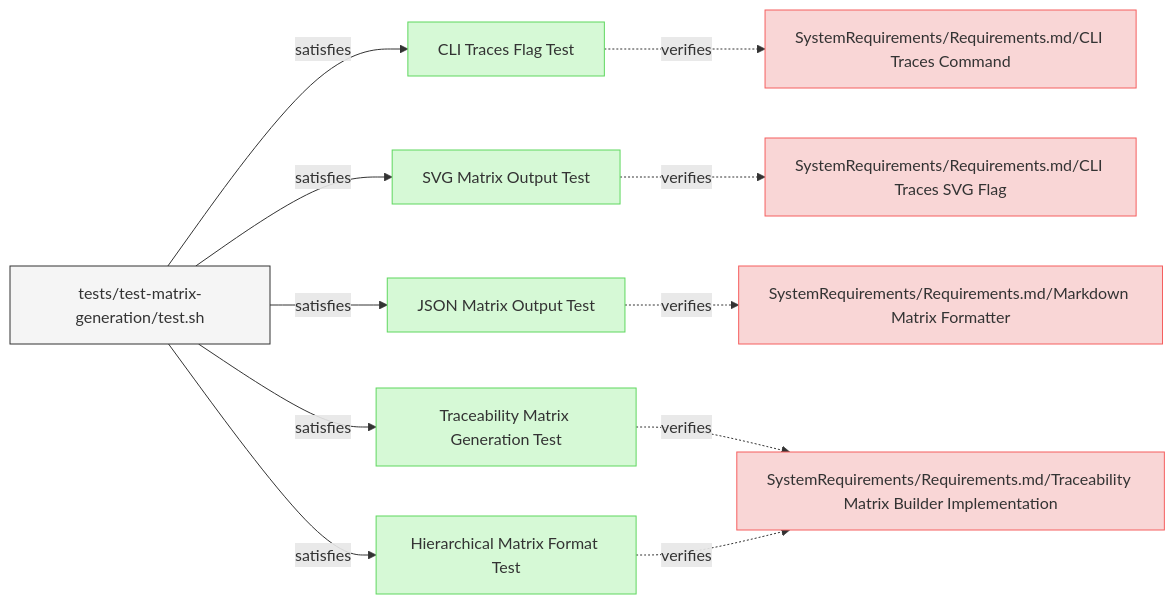
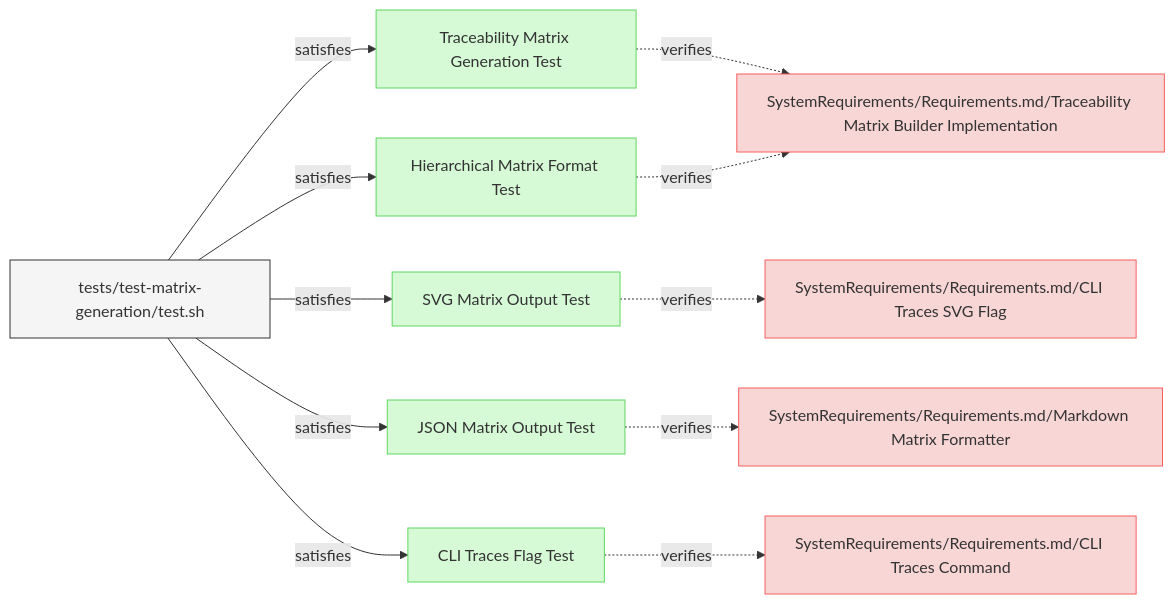
One commit to reqvire-org/reqvire changed the diagram in specifications/Verifications/TreacibilityMatrix.md. Above: the diagram before and after it, drawn with Mermaid. The commit also changed other lines of this file and 14 other files, not shown here.

Commit message:
Diagrams updated.

````diff
--- a/specifications/Verifications/TreacibilityMatrix.md
+++ b/specifications/Verifications/TreacibilityMatrix.md
@@ -6,61 +6,61 @@
 ```mermaid
 graph LR;
   %% Graph styling
   classDef requirement fill:#f9d6d6,stroke:#f55f5f,stroke-width:1px;
   classDef verification fill:#d6f9d6,stroke:#5fd75f,stroke-width:1px;
   classDef externalLink fill:#d0e0ff,stroke:#3080ff,stroke-width:1px;
   classDef default fill:#f5f5f5,stroke:#333333,stroke-width:1px;
 
+  aa85c85e7c41d899["Traceability Matrix Generation Test"];
+  class aa85c85e7c41d899 verification;
+  click aa85c85e7c41d899 "TreacibilityMatrix.md#traceability-matrix-generation-test";
+  b55d8517cd3e58["SystemRequirements/Requirements.md/Traceability Matrix Builder Implementation"];
+  class b55d8517cd3e58 requirement;
+  click b55d8517cd3e58 "../SystemRequirements/Requirements.md#traceability-matrix-builder-implementation";
+  aa85c85e7c41d899 -.->|verifies| b55d8517cd3e58;
+  8aec4f4d071ac12c["tests/test-matrix-generation/test.sh"];
+  class 8aec4f4d071ac12c default;
+  click 8aec4f4d071ac12c "../../tests/test-matrix-generation/test.sh";
+  8aec4f4d071ac12c -->|satisfies| aa85c85e7c41d899;
+  62b41611d85d4161["SVG Matrix Output Test"];
+  class 62b41611d85d4161 verification;
+  click 62b41611d85d4161 "TreacibilityMatrix.md#svg-matrix-output-test";
+  1d9a1c502316e443["SystemRequirements/Requirements.md/CLI Traces SVG Flag"];
+  class 1d9a1c502316e443 requirement;
+  click 1d9a1c502316e443 "../SystemRequirements/Requirements.md#cli-traces-svg-flag";
+  62b41611d85d4161 -.->|verifies| 1d9a1c502316e443;
+  8aec4f4d071ac12c["tests/test-matrix-generation/test.sh"];
+  class 8aec4f4d071ac12c default;
+  click 8aec4f4d071ac12c "../../tests/test-matrix-generation/test.sh";
+  8aec4f4d071ac12c -->|satisfies| 62b41611d85d4161;
+  5a25cf6244f4f44["Hierarchical Matrix Format Test"];
+  class 5a25cf6244f4f44 verification;
+  click 5a25cf6244f4f44 "TreacibilityMatrix.md#hierarchical-matrix-format-test";
+  5a25cf6244f4f44 -.->|verifies| b55d8517cd3e58;
+  8aec4f4d071ac12c["tests/test-matrix-generation/test.sh"];
+  class 8aec4f4d071ac12c default;
+  click 8aec4f4d071ac12c "../../tests/test-matrix-generation/test.sh";
+  8aec4f4d071ac12c -->|satisfies| 5a25cf6244f4f44;
+  50c290277850dd17["JSON Matrix Output Test"];
+  class 50c290277850dd17 verification;
+  click 50c290277850dd17 "TreacibilityMatrix.md#json-matrix-output-test";
+  1b7491b67a792bc9["SystemRequirements/Requirements.md/Markdown Matrix Formatter"];
+  class 1b7491b67a792bc9 requirement;
+  click 1b7491b67a792bc9 "../SystemRequirements/Requirements.md#markdown-matrix-formatter";
+  50c290277850dd17 -.->|verifies| 1b7491b67a792bc9;
+  8aec4f4d071ac12c["tests/test-matrix-generation/test.sh"];
+  class 8aec4f4d071ac12c default;
+  click 8aec4f4d071ac12c "../../tests/test-matrix-generation/test.sh";
+  8aec4f4d071ac12c -->|satisfies| 50c290277850dd17;
   7f6c7f917ed529ae["CLI Traces Flag Test"];
   class 7f6c7f917ed529ae verification;
   click 7f6c7f917ed529ae "TreacibilityMatrix.md#cli-traces-flag-test";
   5bfc0d5fd7bba25["SystemRequirements/Requirements.md/CLI Traces Command"];
   class 5bfc0d5fd7bba25 requirement;
   click 5bfc0d5fd7bba25 "../SystemRequirements/Requirements.md#cli-traces-command";
   7f6c7f917ed529ae -.->|verifies| 5bfc0d5fd7bba25;
   8aec4f4d071ac12c["tests/test-matrix-generation/test.sh"];
   class 8aec4f4d071ac12c default;
   click 8aec4f4d071ac12c "../../tests/test-matrix-generation/test.sh";
   8aec4f4d071ac12c -->|satisfies| 7f6c7f917ed529ae;
-  62b41611d85d4161["SVG Matrix Output Test"];
-  class 62b41611d85d4161 verification;
-  click 62b41611d85d4161 "TreacibilityMatrix.md#svg-matrix-output-test";
-  1d9a1c502316e443["SystemRequirements/Requirements.md/CLI Traces SVG Flag"];
-  class 1d9a1c502316e443 requirement;
-  click 1d9a1c502316e443 "../SystemRequirements/Requirements.md#cli-traces-svg-flag";
-  62b41611d85d4161 -.->|verifies| 1d9a1c502316e443;
-  8aec4f4d071ac12c["tests/test-matrix-generation/test.sh"];
-  class 8aec4f4d071ac12c default;
-  click 8aec4f4d071ac12c "../../tests/test-matrix-generation/test.sh";
-  8aec4f4d071ac12c -->|satisfies| 62b41611d85d4161;
-  50c290277850dd17["JSON Matrix Output Test"];
-  class 50c290277850dd17 verification;
-  click 50c290277850dd17 "TreacibilityMatrix.md#json-matrix-output-test";
-  1b7491b67a792bc9["SystemRequirements/Requirements.md/Markdown Matrix Formatter"];
-  class 1b7491b67a792bc9 requirement;
-  click 1b7491b67a792bc9 "../SystemRequirements/Requirements.md#markdown-matrix-formatter";
-  50c290277850dd17 -.->|verifies| 1b7491b67a792bc9;
-  8aec4f4d071ac12c["tests/test-matrix-generation/test.sh"];
-  class 8aec4f4d071ac12c default;
-  click 8aec4f4d071ac12c "../../tests/test-matrix-generation/test.sh";
-  8aec4f4d071ac12c -->|satisfies| 50c290277850dd17;
-  aa85c85e7c41d899["Traceability Matrix Generation Test"];
-  class aa85c85e7c41d899 verification;
-  click aa85c85e7c41d899 "TreacibilityMatrix.md#traceability-matrix-generation-test";
-  b55d8517cd3e58["SystemRequirements/Requirements.md/Traceability Matrix Builder Implementation"];
-  class b55d8517cd3e58 requirement;
-  click b55d8517cd3e58 "../SystemRequirements/Requirements.md#traceability-matrix-builder-implementation";
-  aa85c85e7c41d899 -.->|verifies| b55d8517cd3e58;
-  8aec4f4d071ac12c["tests/test-matrix-generation/test.sh"];
-  class 8aec4f4d071ac12c default;
-  click 8aec4f4d071ac12c "../../tests/test-matrix-generation/test.sh";
-  8aec4f4d071ac12c -->|satisfies| aa85c85e7c41d899;
-  5a25cf6244f4f44["Hierarchical Matrix Format Test"];
-  class 5a25cf6244f4f44 verification;
-  click 5a25cf6244f4f44 "TreacibilityMatrix.md#hierarchical-matrix-format-test";
-  5a25cf6244f4f44 -.->|verifies| b55d8517cd3e58;
-  8aec4f4d071ac12c["tests/test-matrix-generation/test.sh"];
-  class 8aec4f4d071ac12c default;
-  click 8aec4f4d071ac12c "../../tests/test-matrix-generation/test.sh";
-  8aec4f4d071ac12c -->|satisfies| 5a25cf6244f4f44;
 ```
````
